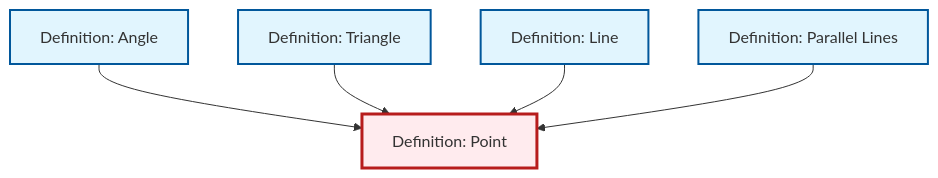
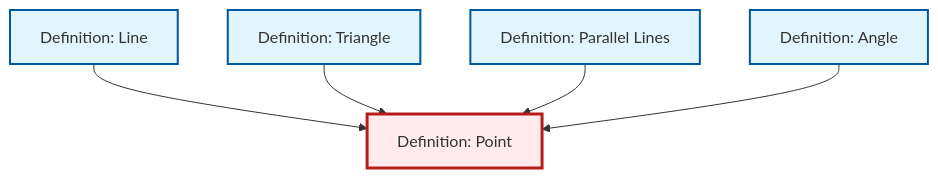
The diagram in content/en/geometry/def-point.qmd (RK0429/ModernMath), drawn with Mermaid before and after one commit. The commit also changed other lines of this file and 497 other files, not shown here.

````diff
--- a/content/en/geometry/def-point.qmd
+++ b/content/en/geometry/def-point.qmd
@@ -39,23 +39,23 @@
 ```{mermaid}
 %%| fig-cap: "Local dependency graph"
 graph TD
     classDef definition fill:#e1f5fe,stroke:#01579b,stroke-width:2px
     classDef theorem fill:#f3e5f5,stroke:#4a148c,stroke-width:2px
     classDef axiom fill:#fff3e0,stroke:#e65100,stroke-width:2px
     classDef example fill:#e8f5e9,stroke:#1b5e20,stroke-width:2px
     classDef current fill:#ffebee,stroke:#b71c1c,stroke-width:3px
     def-angle["Definition: Angle"]:::definition
+    def-point["Definition: Point"]:::definition
+    def-parallel["Definition: Parallel Lines"]:::definition
+    def-line["Definition: Line"]:::definition
     def-triangle["Definition: Triangle"]:::definition
-    def-parallel["Definition: Parallel Lines"]:::definition
-    def-point["Definition: Point"]:::definition
-    def-line["Definition: Line"]:::definition
+    def-line --> def-point
+    def-triangle --> def-point
+    def-parallel --> def-point
     def-angle --> def-point
-    def-triangle --> def-point
-    def-line --> def-point
-    def-parallel --> def-point
     class def-point current
     click def-angle "def-angle.html" "Go to Angle definition"
-    click def-triangle "def-triangle.html" "Go to Triangle definition"
     click def-parallel "def-parallel.html" "Go to Parallel Lines definition"
     click def-line "def-line.html" "Go to Line definition"
+    click def-triangle "def-triangle.html" "Go to Triangle definition"
 ```
````
